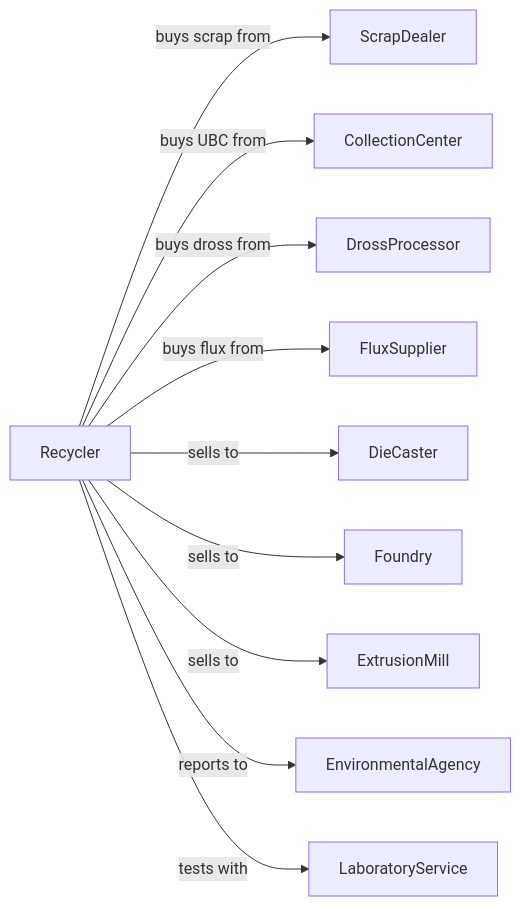
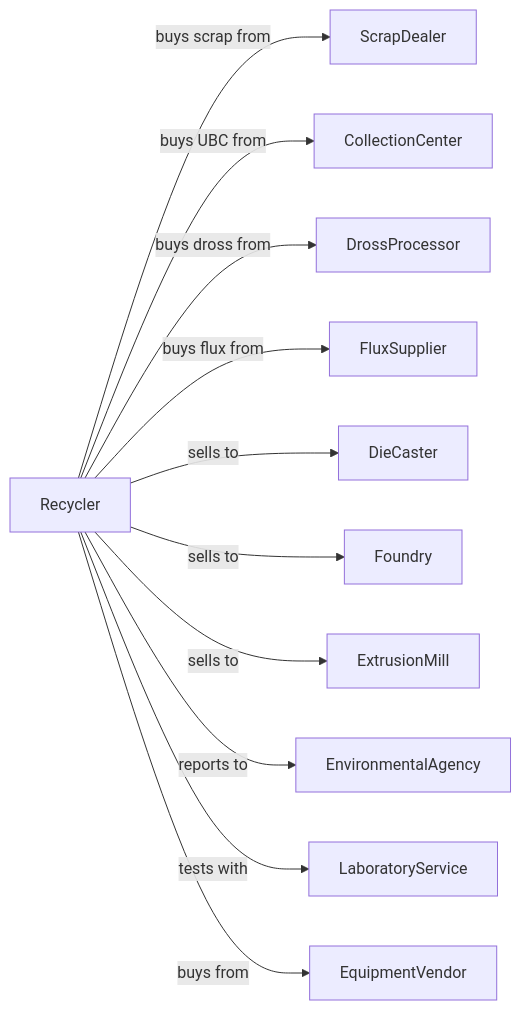
One commit to dot-org-ai/industries.org.ai changed the second of 2 diagrams in Manufacturing/PrimaryMetalManufacturing/AluminaAndAluminumProductionAndProcessing/SecondarySmeltingAndAlloyingOfAluminum.mdx. Above: the diagram before and after it, drawn with Mermaid. The commit also changed other lines of this file and 588 other files, not shown here.

````diff
--- a/Manufacturing/PrimaryMetalManufacturing/AluminaAndAluminumProductionAndProcessing/SecondarySmeltingAndAlloyingOfAluminum.mdx
+++ b/Manufacturing/PrimaryMetalManufacturing/AluminaAndAluminumProductionAndProcessing/SecondarySmeltingAndAlloyingOfAluminum.mdx
@@ -143,14 +143,15 @@
 ```mermaid
 graph LR
     R[Recycler]
 
     R -->|buys scrap from| ScrapDealer
     R -->|buys UBC from| CollectionCenter
     R -->|buys dross from| DrossProcessor
     R -->|buys flux from| FluxSupplier
     R -->|sells to| DieCaster
     R -->|sells to| Foundry
     R -->|sells to| ExtrusionMill
     R -->|reports to| EnvironmentalAgency
     R -->|tests with| LaboratoryService
+    R -->|buys from| EquipmentVendor
 ```
````
